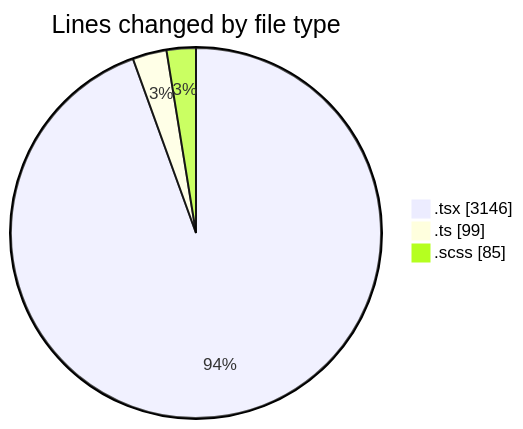
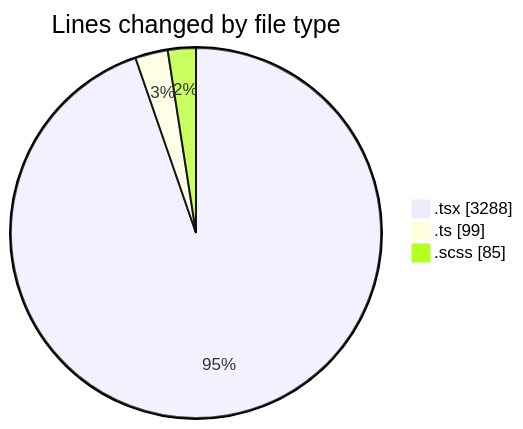
Before and after one commit to momahboobian/code-tracking: the first of 2 diagrams in 2025-02-11/cda/README.md, drawn with Mermaid. The commit also changed other lines of this file and 1 other file, not shown here.

````diff
--- a/2025-02-11/cda/README.md
+++ b/2025-02-11/cda/README.md
@@ -24,7 +24,7 @@
 ```mermaid
 pie showData
 title Lines changed by file type
-".tsx" : 3146
+".tsx" : 3288
 ".ts" : 99
 ".scss" : 85
 ```
````
